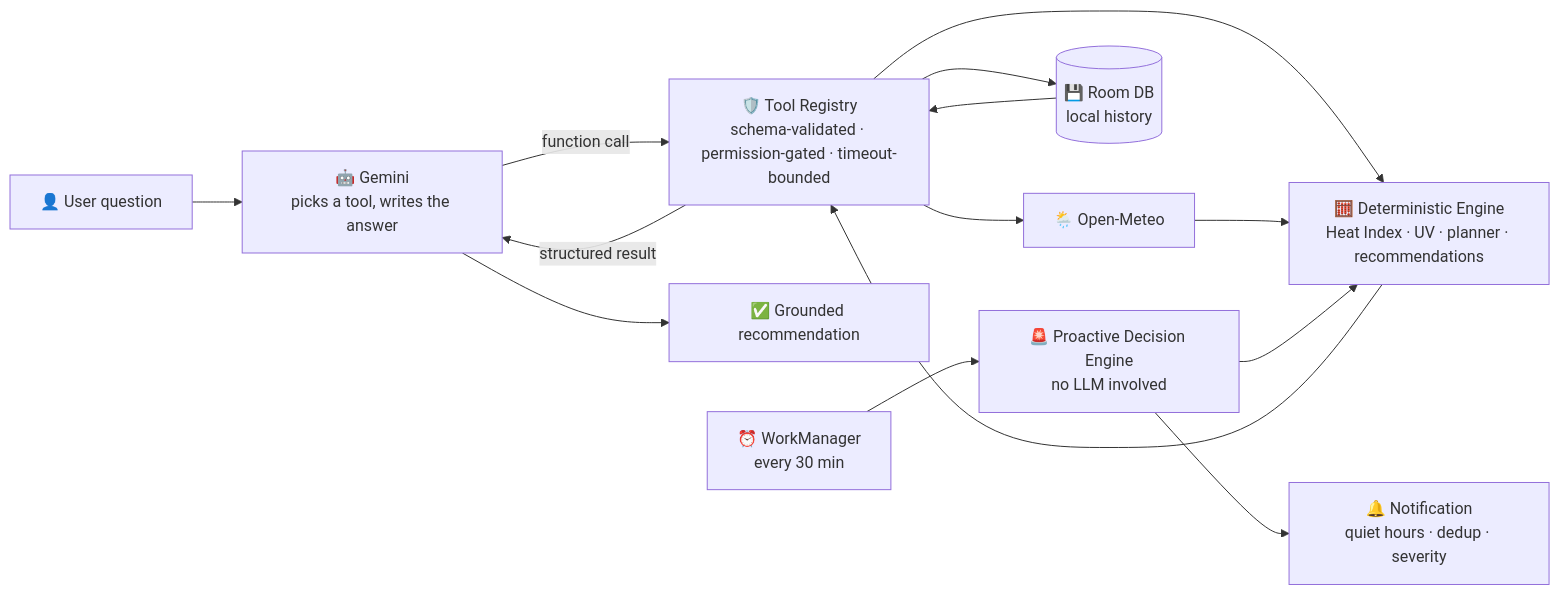
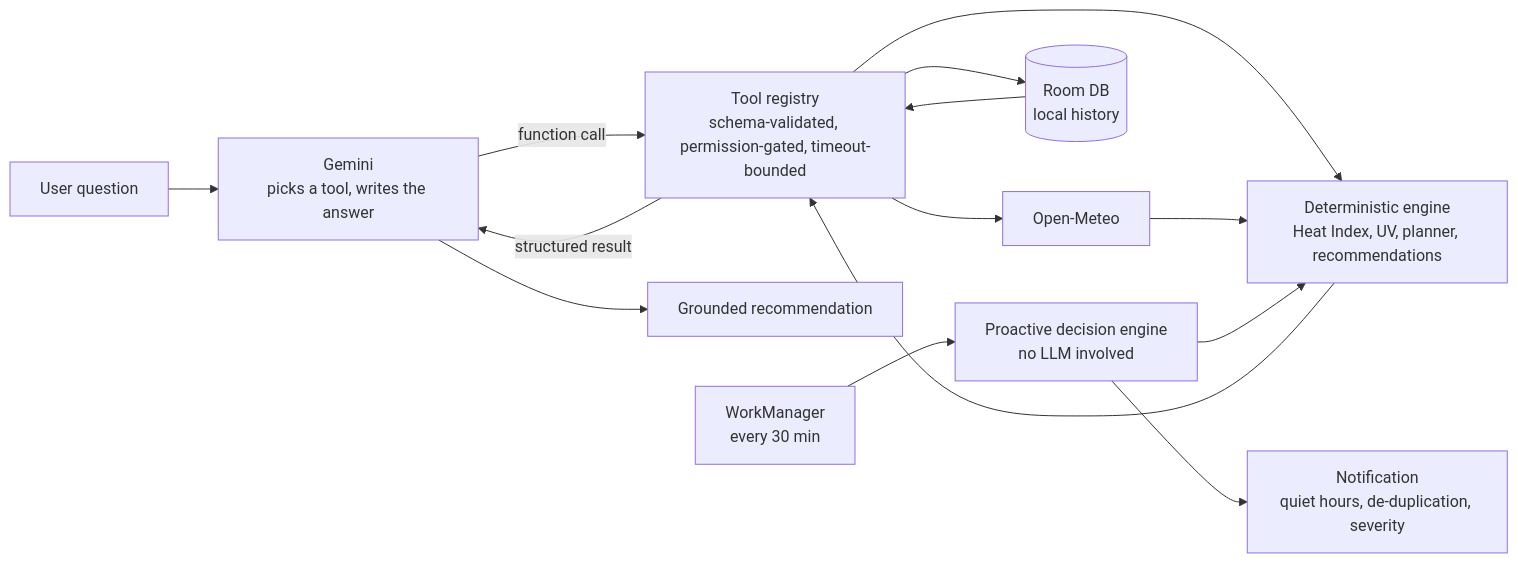
Before and after one commit to Ferousco-dev/hydro: the first of 2 diagrams in README.md, drawn with Mermaid. The commit also changed other lines of this file and 69 other files, not shown here.

````diff
--- a/README.md
+++ b/README.md
@@ -76,17 +54,17 @@
 ```mermaid
 flowchart LR
-    U["👤 User question"] --> LLM["🤖 Gemini<br/>picks a tool, writes the answer"]
-    LLM -->|"function call"| REG["🛡️ Tool Registry<br/>schema-validated · permission-gated · timeout-bounded"]
-    REG --> W["🌦️ Open-Meteo"]
-    REG --> ENG["🧮 Deterministic Engine<br/>Heat Index · UV · planner · recommendations"]
-    REG --> MEM[("💾 Room DB<br/>local history")]
+    U["User question"] --> LLM["Gemini<br/>picks a tool, writes the answer"]
+    LLM -->|"function call"| REG["Tool registry<br/>schema-validated, permission-gated, timeout-bounded"]
+    REG --> W["Open-Meteo"]
+    REG --> ENG["Deterministic engine<br/>Heat Index, UV, planner, recommendations"]
+    REG --> MEM[("Room DB<br/>local history")]
     W --> ENG
     ENG --> REG
     MEM --> REG
     REG -->|"structured result"| LLM
-    LLM --> A["✅ Grounded recommendation"]
+    LLM --> A["Grounded recommendation"]
 
-    BG["⏰ WorkManager<br/>every 30 min"] --> PRO["🚨 Proactive Decision Engine<br/>no LLM involved"]
+    BG["WorkManager<br/>every 30 min"] --> PRO["Proactive decision engine<br/>no LLM involved"]
     PRO --> ENG
-    PRO --> N["🔔 Notification<br/>quiet hours · dedup · severity"]
+    PRO --> N["Notification<br/>quiet hours, de-duplication, severity"]
 ```
````
